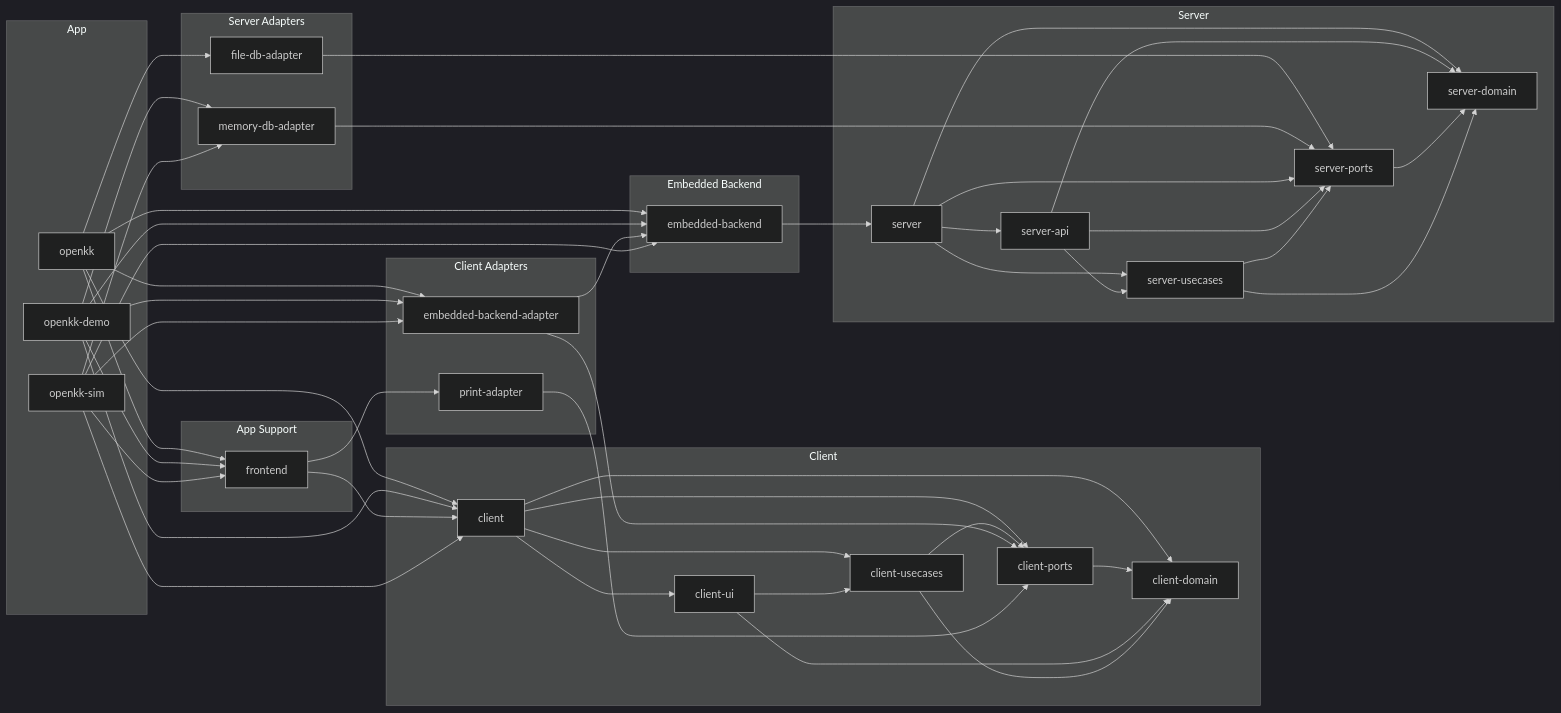
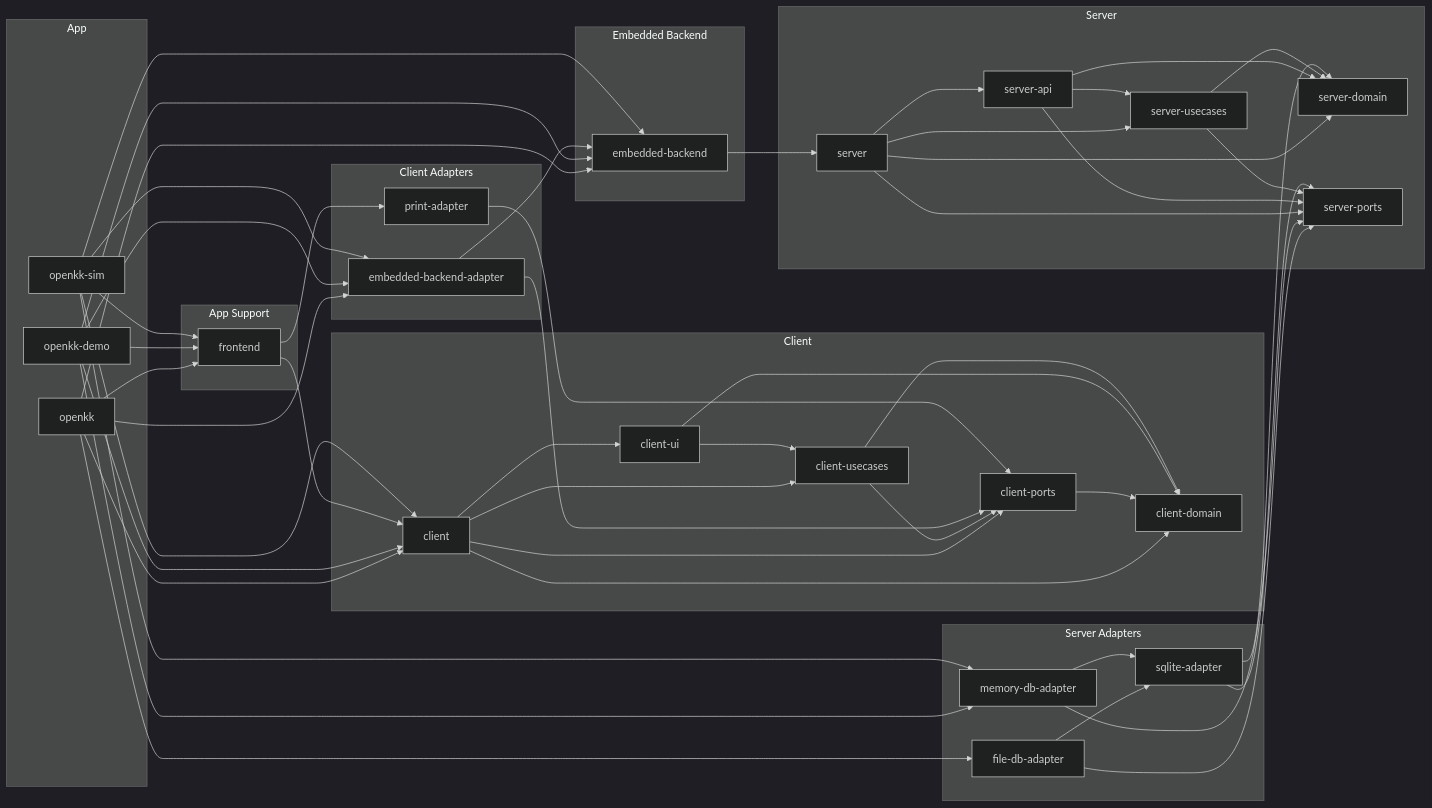
One commit to rubydogjp/openkk changed the diagram in docs/dependency-graph.md. Above: the diagram before and after it, drawn with Mermaid (dark theme). The commit also changed other lines of this file and 226 other files, not shown here.

````diff
--- a/docs/dependency-graph.md
+++ b/docs/dependency-graph.md
@@ -40,6 +40,7 @@
   subgraph server_adapters["Server Adapters"]
     rubydogjp_openkk_file_db_adapter["file-db-adapter"]
     rubydogjp_openkk_memory_db_adapter["memory-db-adapter"]
+    rubydogjp_openkk_sqlite_adapter["sqlite-adapter"]
   end
 
   subgraph server["Server"]
@@ -73,9 +74,11 @@
   rubydogjp_openkk_embedded_backend_adapter --> rubydogjp_openkk_client_ports
   rubydogjp_openkk_embedded_backend_adapter --> rubydogjp_openkk_embedded_backend
   rubydogjp_openkk_file_db_adapter --> rubydogjp_openkk_server_ports
+  rubydogjp_openkk_file_db_adapter --> rubydogjp_openkk_sqlite_adapter
   rubydogjp_openkk_frontend --> rubydogjp_openkk_client
   rubydogjp_openkk_frontend --> rubydogjp_openkk_print_adapter
   rubydogjp_openkk_memory_db_adapter --> rubydogjp_openkk_server_ports
+  rubydogjp_openkk_memory_db_adapter --> rubydogjp_openkk_sqlite_adapter
   rubydogjp_openkk_print_adapter --> rubydogjp_openkk_client_ports
   rubydogjp_openkk_server --> rubydogjp_openkk_server_ports
   rubydogjp_openkk_server --> rubydogjp_openkk_server_api
@@ -84,7 +87,6 @@
   rubydogjp_openkk_server_api --> rubydogjp_openkk_server_domain
   rubydogjp_openkk_server_api --> rubydogjp_openkk_server_ports
   rubydogjp_openkk_server_api --> rubydogjp_openkk_server_usecases
-  rubydogjp_openkk_server_ports --> rubydogjp_openkk_server_domain
   rubydogjp_openkk_server_usecases --> rubydogjp_openkk_server_ports
   rubydogjp_openkk_server_usecases --> rubydogjp_openkk_server_domain
   rubydogjp_openkk_sim --> rubydogjp_openkk_client
@@ -92,4 +94,6 @@
   rubydogjp_openkk_sim --> rubydogjp_openkk_embedded_backend_adapter
   rubydogjp_openkk_sim --> rubydogjp_openkk_frontend
   rubydogjp_openkk_sim --> rubydogjp_openkk_memory_db_adapter
+  rubydogjp_openkk_sqlite_adapter --> rubydogjp_openkk_server_domain
+  rubydogjp_openkk_sqlite_adapter --> rubydogjp_openkk_server_ports
 ```
````
